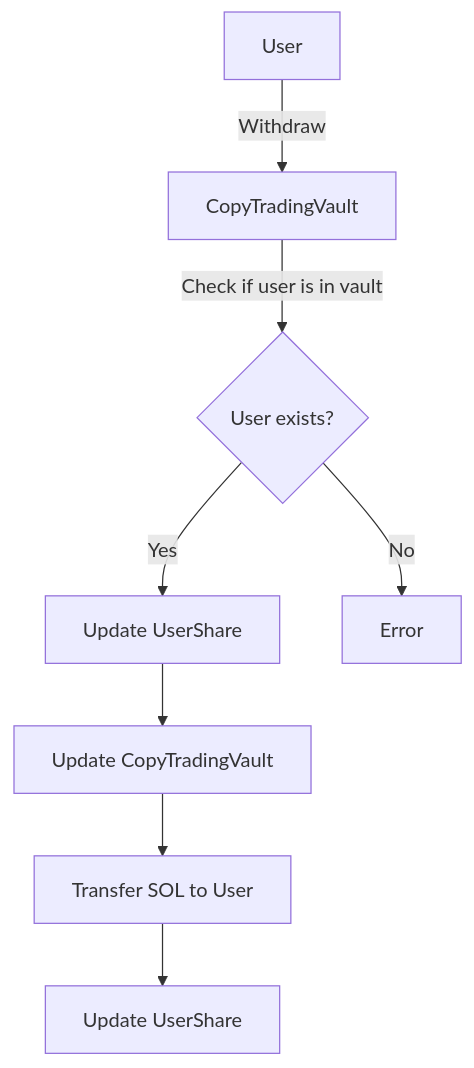
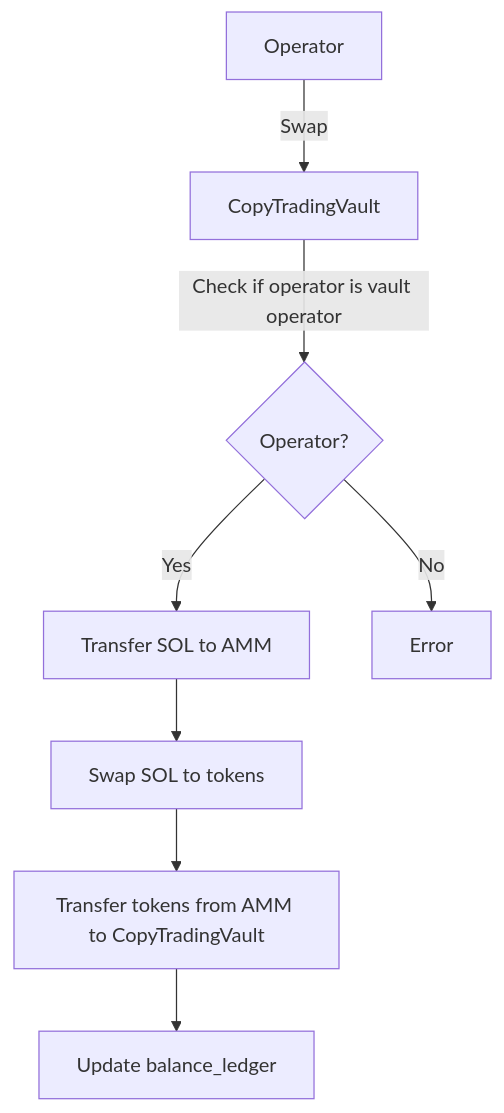
Before and after one commit to n3m6/Q2_25_Builder_Faraz: the fourth of 5 diagrams in docs/Architecture.md, drawn with Mermaid. The commit also changed other lines of this file and 1 other file, not shown here.

````diff
--- a/docs/Architecture.md
+++ b/docs/Architecture.md
@@ -81,10 +99,10 @@
 ```mermaid
 flowchart TD
-    A[User] -->|Withdraw| B[CopyTradingVault]
-    B -->|Check if user is in vault| C{User exists?}
-    C -->|Yes| D[Update UserShare]
+    A[Operator] -->|Swap| B[CopyTradingVault]
+    B -->|Check if operator is vault operator| C{Operator?}
+    C -->|Yes| D[Transfer SOL to AMM]
     C -->|No| E[Error]
-    D --> F[Update CopyTradingVault]
-    F --> G[Transfer SOL to User]
-    G --> H[Update UserShare]
+    D --> F[Swap SOL to tokens]
+    F --> G[Transfer tokens from AMM to CopyTradingVault]
+    G --> H[Update balance_ledger]
 ```
````
